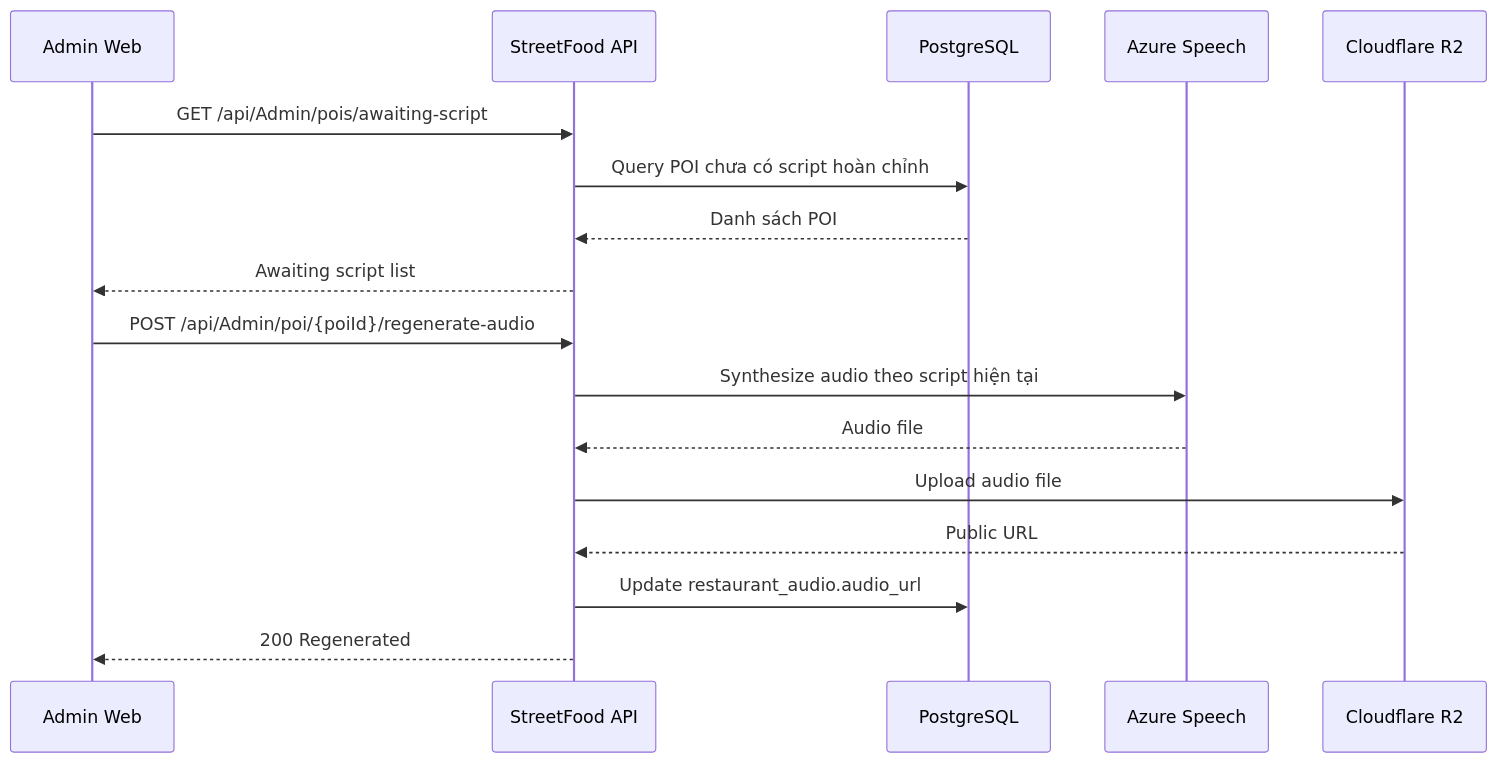
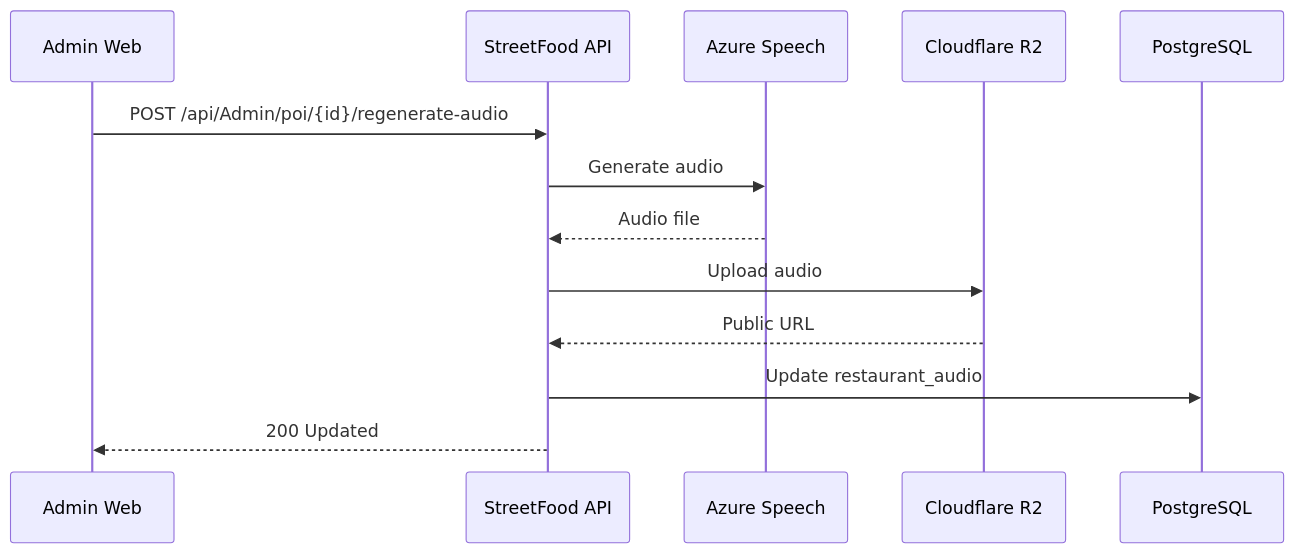
Before and after one commit to NguyenPhuc-Du/StreetFood: diagram 21 of 46 in prd.md, drawn with Mermaid. The commit also changed other lines of this file and 1 other file, not shown here.

````diff
--- a/prd.md
+++ b/prd.md
@@ -953,21 +957,15 @@
 ```mermaid
 sequenceDiagram
     participant A as Admin Web
     participant API as StreetFood API
-    participant DB as PostgreSQL
     participant TTS as Azure Speech
     participant R2 as Cloudflare R2
-
-    A->>API: GET /api/Admin/pois/awaiting-script
-    API->>DB: Query POI chưa có script hoàn chỉnh
-    DB-->>API: Danh sách POI
-    API-->>A: Awaiting script list
-
-    A->>API: POST /api/Admin/poi/{poiId}/regenerate-audio
-    API->>TTS: Synthesize audio theo script hiện tại
+    participant DB as PostgreSQL
+    A->>API: POST /api/Admin/poi/{id}/regenerate-audio
+    API->>TTS: Generate audio
     TTS-->>API: Audio file
-    API->>R2: Upload audio file
+    API->>R2: Upload audio
     R2-->>API: Public URL
-    API->>DB: Update restaurant_audio.audio_url
-    API-->>A: 200 Regenerated
+    API->>DB: Update restaurant_audio
+    API-->>A: 200 Updated
 ```
````
